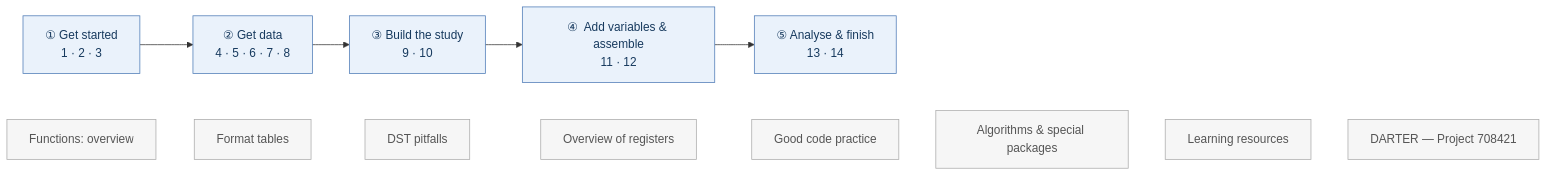
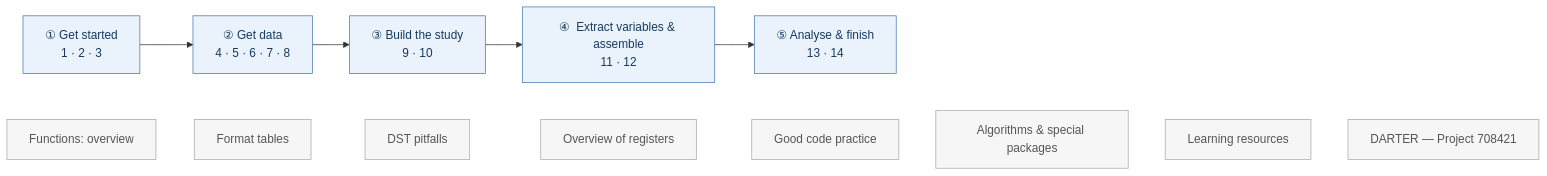
Before and after one commit to steno-aarhus/registers-guide: the diagram in docs/en/index.qmd, drawn with Mermaid. The commit also changed other lines of this file and 34 other files, not shown here.

````diff
--- a/docs/en/index.qmd
+++ b/docs/en/index.qmd
@@ -55,9 +55,9 @@
 ```{mermaid}
 flowchart LR
-    S1["①  Get started<br>1 · 2 · 3"] --> S2["②  Get data<br>4 · 5 · 6 · 7 · 8"] --> S3["③  Build the study<br>9 · 10"] --> S4["④  Add variables & assemble<br>11 · 12"] --> S5["⑤  Analyse & finish<br>13 · 14"]
+    S1["①  Get started<br>1 · 2 · 3"] --> S2["②  Get data<br>4 · 5 · 6 · 7 · 8"] --> S3["③  Build the study<br>9 · 10"] --> S4["④  Extract variables & assemble<br>11 · 12"] --> S5["⑤  Analyse & finish<br>13 · 14"]
     O1["Functions: overview"] ~~~ O2["Format tables"] ~~~ O3["DST pitfalls"] ~~~ O4["Overview of registers"] ~~~ O5["Good code practice"] ~~~ O6["Algorithms & special packages"] ~~~ O7["Learning resources"] ~~~ O8["DARTER — Project 708421"]
     classDef stage fill:#eaf2fb,stroke:#4a78b5,stroke-width:1px,color:#173a5e;
     classDef ref fill:#f6f6f6,stroke:#aaaaaa,color:#555555;
     class S1,S2,S3,S4,S5 stage
     class O1,O2,O3,O4,O5,O6,O7,O8 ref
 ```
````
